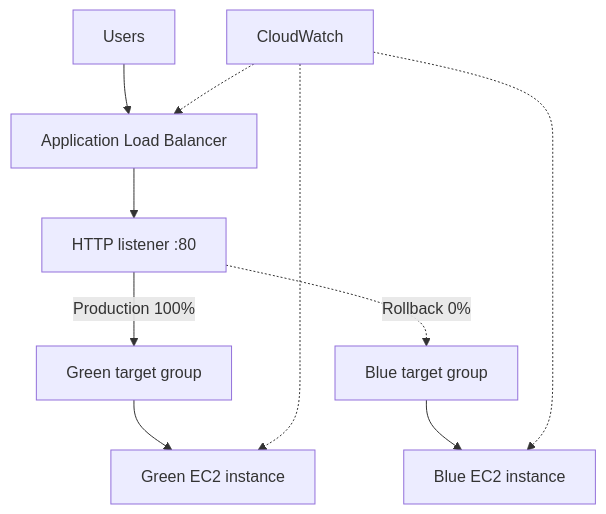
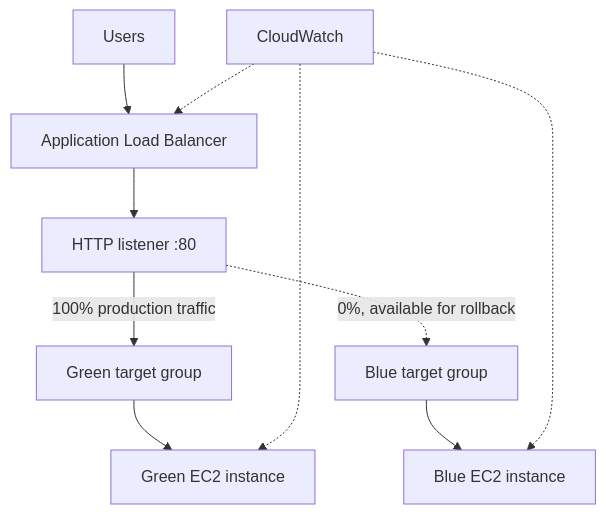
The diagram in README.md (RURIGIMK/aws-blue-green-deployment), drawn with Mermaid before and after one commit. The commit also changed other lines of this file, not shown here.

````diff
--- a/README.md
+++ b/README.md
@@ -36,12 +22,12 @@
 ```mermaid
 flowchart TB
     U[Users] --> ALB[Application Load Balancer]
     ALB --> L[HTTP listener :80]
-    L -->|Production 100%| TG_G[Green target group]
-    L -.->|Rollback 0%| TG_B[Blue target group]
+    L -->|100% production traffic| TG_G[Green target group]
+    L -.->|0%, available for rollback| TG_B[Blue target group]
     TG_G --> G[Green EC2 instance]
     TG_B --> B[Blue EC2 instance]
     CW[CloudWatch] -.-> ALB
     CW -.-> G
     CW -.-> B
 ```
````
